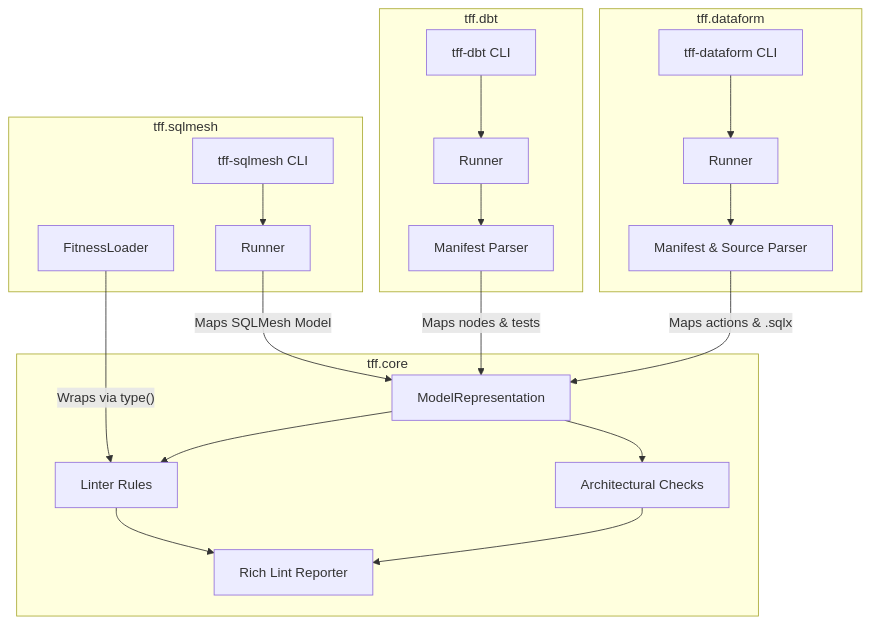
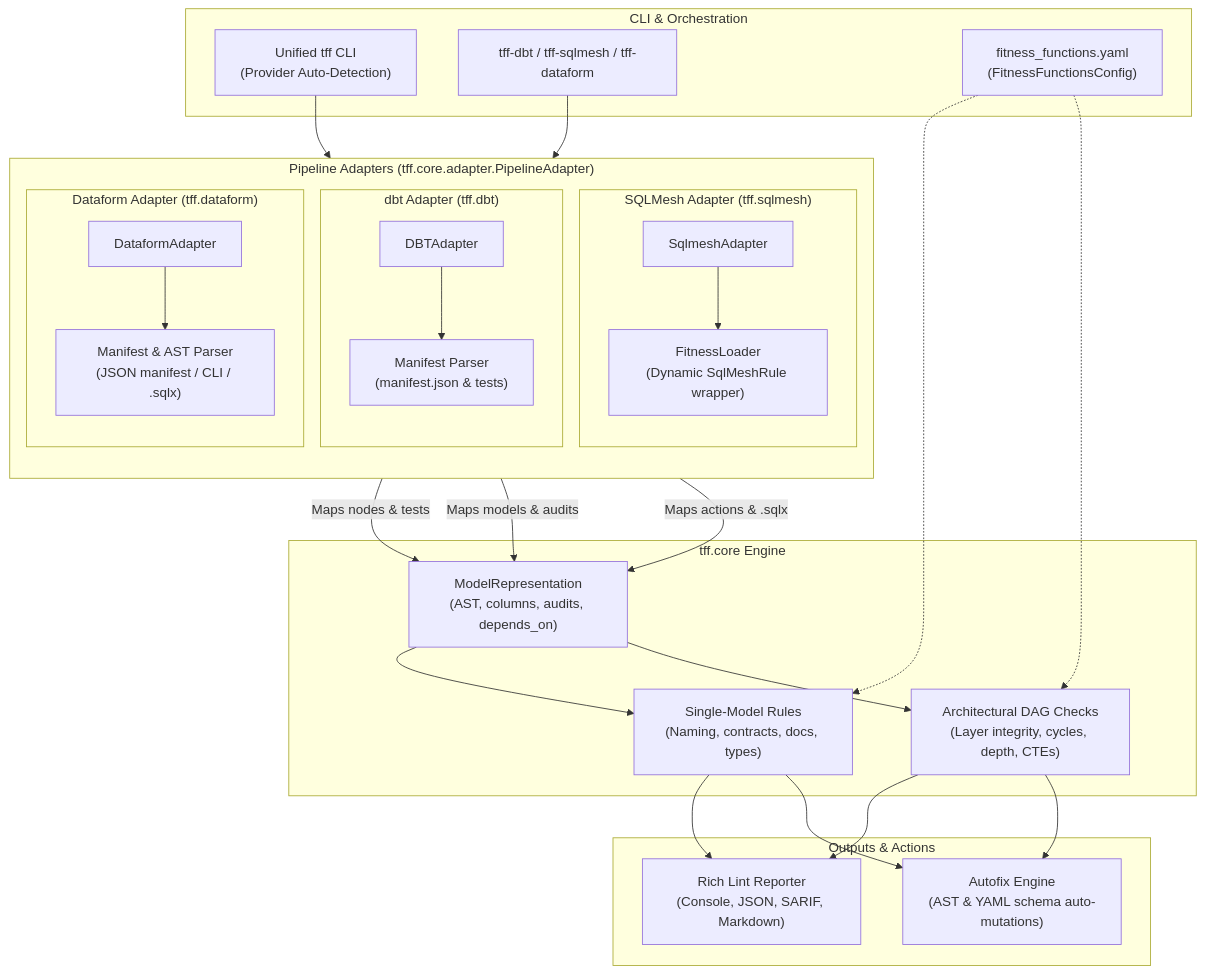
One commit to actions-marketplace-validations/tjirab_tff changed the diagram in docs/contributing.md. Above: the diagram before and after it, drawn with Mermaid. The commit also changed other lines of this file and 3 other files, not shown here.

Commit message:
fix(docs): enable Mermaid diagram rendering and update architecture guide (#235)

````diff
--- a/docs/contributing.md
+++ b/docs/contributing.md
@@ -11,32 +11,57 @@
 ```mermaid
-graph TD
-    subgraph Core Engine [tff.core]
-        Model[ModelRepresentation]
-        Rules[Linter Rules]
-        Checks[Architectural Checks]
-        Report[Rich Lint Reporter]
+flowchart TD
+    subgraph CLI ["CLI & Orchestration"]
+        TFF_CLI["Unified tff CLI<br/>(Provider Auto-Detection)"]
+        Legacy_CLI["tff-dbt / tff-sqlmesh / tff-dataform"]
+        Config["fitness_functions.yaml<br/>(FitnessFunctionsConfig)"]
     end
 
-    subgraph SQLMesh Adapter [tff.sqlmesh]
-        SM_Loader[FitnessLoader] -->|"Wraps via type()"| Rules
-        SM_Runner[Runner] -->|"Maps SQLMesh Model"| Model
-        SM_CLI[tff-sqlmesh CLI] --> SM_Runner
+    subgraph Adapters ["Pipeline Adapters (tff.core.adapter.PipelineAdapter)"]
+        direction TB
+        subgraph DBT_Box ["dbt Adapter (tff.dbt)"]
+            DBT_Ad["DBTAdapter"]
+            DBT_Parser["Manifest Parser<br/>(manifest.json & tests)"]
+            DBT_Ad --> DBT_Parser
+        end
+
+        subgraph SM_Box ["SQLMesh Adapter (tff.sqlmesh)"]
+            SM_Ad["SqlmeshAdapter"]
+            SM_Loader["FitnessLoader<br/>(Dynamic SqlMeshRule wrapper)"]
+            SM_Ad --> SM_Loader
+        end
+
+        subgraph DF_Box ["Dataform Adapter (tff.dataform)"]
+            DF_Ad["DataformAdapter"]
+            DF_Parser["Manifest & AST Parser<br/>(JSON manifest / CLI / .sqlx)"]
+            DF_Ad --> DF_Parser
+        end
     end
 
-    subgraph dbt Adapter [tff.dbt]
-        DBT_Manifest[Manifest Parser] -->|"Maps nodes & tests"| Model
-        DBT_Runner[Runner] --> DBT_Manifest
-        DBT_CLI[tff-dbt CLI] --> DBT_Runner
+    subgraph Core ["tff.core Engine"]
+        Model["ModelRepresentation<br/>(AST, columns, audits, depends_on)"]
+        Rules["Single-Model Rules<br/>(Naming, contracts, docs, types)"]
+        Checks["Architectural DAG Checks<br/>(Layer integrity, cycles, depth, CTEs)"]
     end
 
-    subgraph Dataform Adapter [tff.dataform]
-        DF_Manifest[Manifest & Source Parser] -->|"Maps actions & .sqlx"| Model
-        DF_Runner[Runner] --> DF_Manifest
-        DF_CLI[tff-dataform CLI] --> DF_Runner
+    subgraph Outputs ["Outputs & Actions"]
+        Reporter["Rich Lint Reporter<br/>(Console, JSON, SARIF, Markdown)"]
+        Autofix["Autofix Engine<br/>(AST & YAML schema auto-mutations)"]
     end
-    
+
+    TFF_CLI --> Adapters
+    Legacy_CLI --> Adapters
+    Config -.-> Rules
+    Config -.-> Checks
+
+    DBT_Parser -->|"Maps nodes & tests"| Model
+    SM_Loader -->|"Maps models & audits"| Model
+    DF_Parser -->|"Maps actions & .sqlx"| Model
+
     Model --> Rules
     Model --> Checks
-    Rules --> Report
-    Checks --> Report
+
+    Rules --> Reporter
+    Checks --> Reporter
+    Rules --> Autofix
+    Checks --> Autofix
 ```
````
